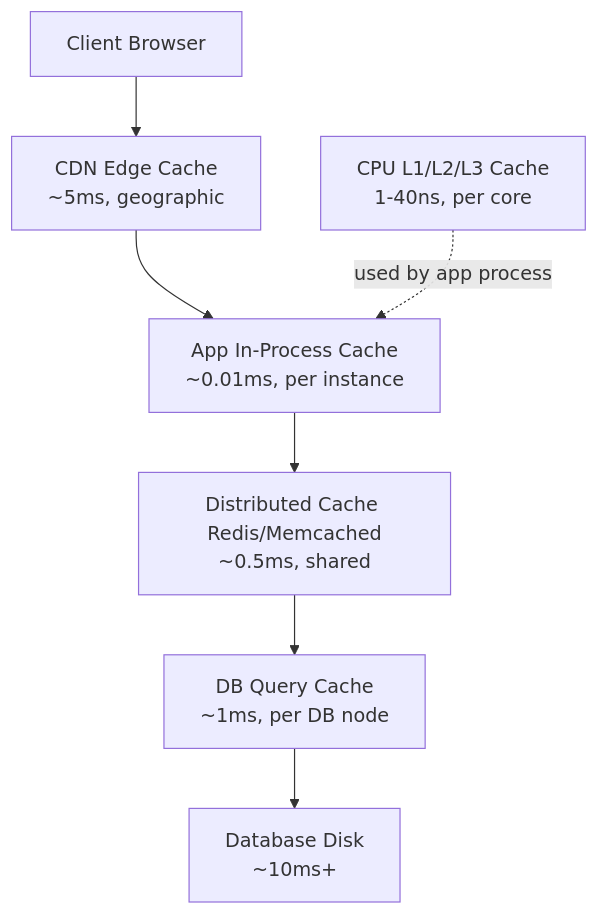
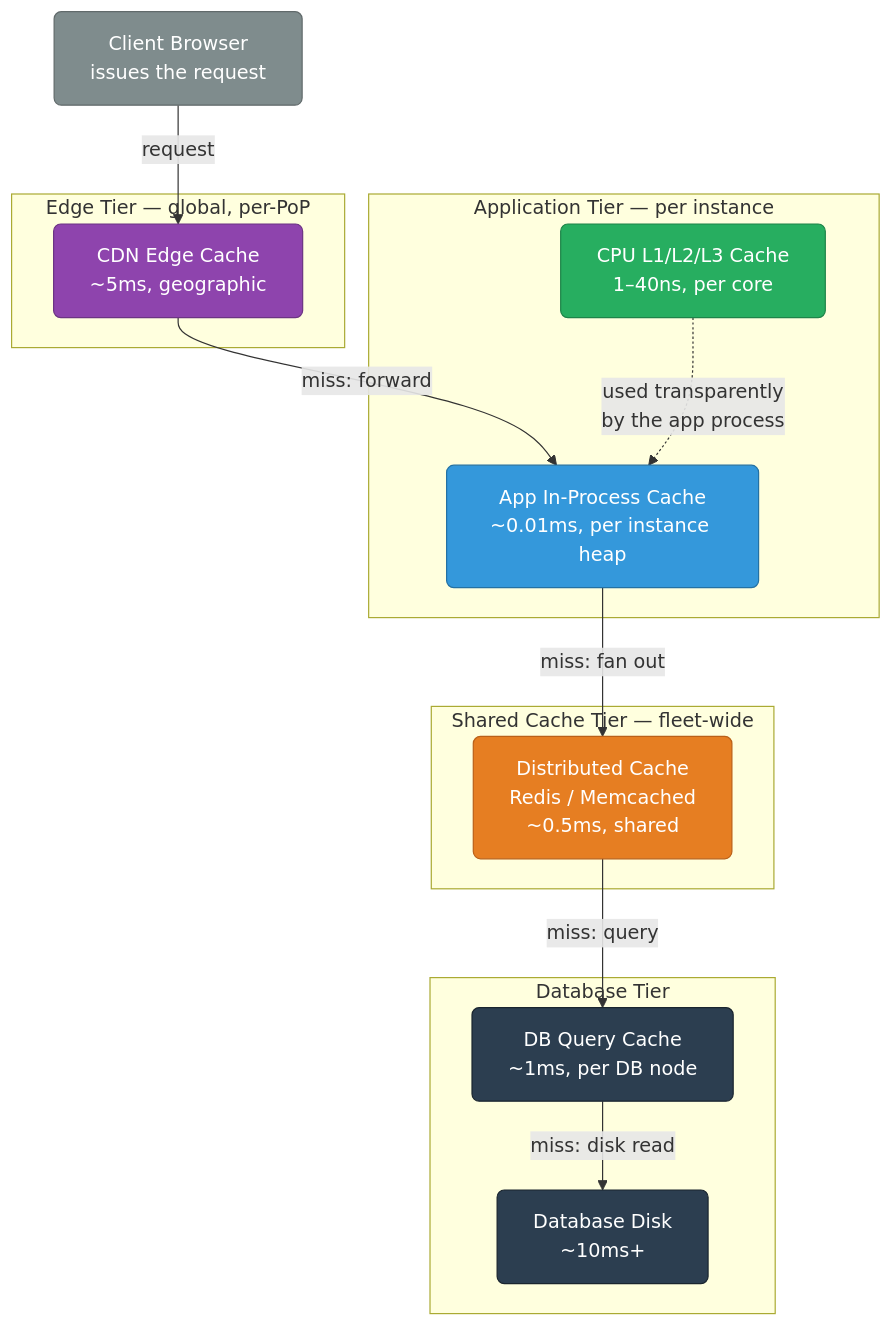
One commit to deepanshu-rawat6/DevOpsIndex changed the first of 8 diagrams in databases/caching.md. Above: the diagram before and after it, drawn with Mermaid. The commit also changed other lines of this file and 7 other files, not shown here.

````diff
--- a/databases/caching.md
+++ b/databases/caching.md
@@ -28,17 +41,36 @@
 ```mermaid
 graph TD
-    Client["Client Browser"]
-    CDN["CDN Edge Cache\n~5ms, geographic"]
-    AppL1["App In-Process Cache\n~0.01ms, per instance"]
-    Redis["Distributed Cache Redis/Memcached\n~0.5ms, shared"]
-    DBQueryCache["DB Query Cache\n~1ms, per DB node"]
-    DB["Database Disk\n~10ms+"]
-    CPU["CPU L1/L2/L3 Cache\n1-40ns, per core"]
+    classDef client fill:#7f8c8d,stroke:#616a6b,color:#fff,rx:6
+    classDef edge fill:#8e44ad,stroke:#6c3483,color:#fff,rx:6
+    classDef app fill:#3498db,stroke:#2471a3,color:#fff,rx:6
+    classDef cache fill:#e67e22,stroke:#ba6018,color:#fff,rx:6
+    classDef db fill:#2c3e50,stroke:#1a252f,color:#fff,rx:6
+    classDef cpu fill:#27ae60,stroke:#1e8449,color:#fff,rx:6
 
-    Client --> CDN
-    CDN --> AppL1
-    AppL1 --> Redis
-    Redis --> DBQueryCache
-    DBQueryCache --> DB
-    CPU -.->|"used by app process"| AppL1
+    Client["Client Browser<br/>issues the request"]:::client
+
+    subgraph EDGE["Edge Tier — global, per-PoP"]
+        CDN["CDN Edge Cache<br/>~5ms, geographic"]:::edge
+    end
+
+    subgraph APP["Application Tier — per instance"]
+        CPU["CPU L1/L2/L3 Cache<br/>1–40ns, per core"]:::cpu
+        AppL1["App In-Process Cache<br/>~0.01ms, per instance heap"]:::app
+    end
+
+    subgraph SHARED["Shared Cache Tier — fleet-wide"]
+        Redis["Distributed Cache<br/>Redis / Memcached<br/>~0.5ms, shared"]:::cache
+    end
+
+    subgraph DBT["Database Tier"]
+        DBQueryCache["DB Query Cache<br/>~1ms, per DB node"]:::db
+        DB["Database Disk<br/>~10ms+"]:::db
+    end
+
+    Client -->|"request"| CDN
+    CDN -->|"miss: forward"| AppL1
+    CPU -.->|"used transparently<br/>by the app process"| AppL1
+    AppL1 -->|"miss: fan out"| Redis
+    Redis -->|"miss: query"| DBQueryCache
+    DBQueryCache -->|"miss: disk read"| DB
 ```
````
